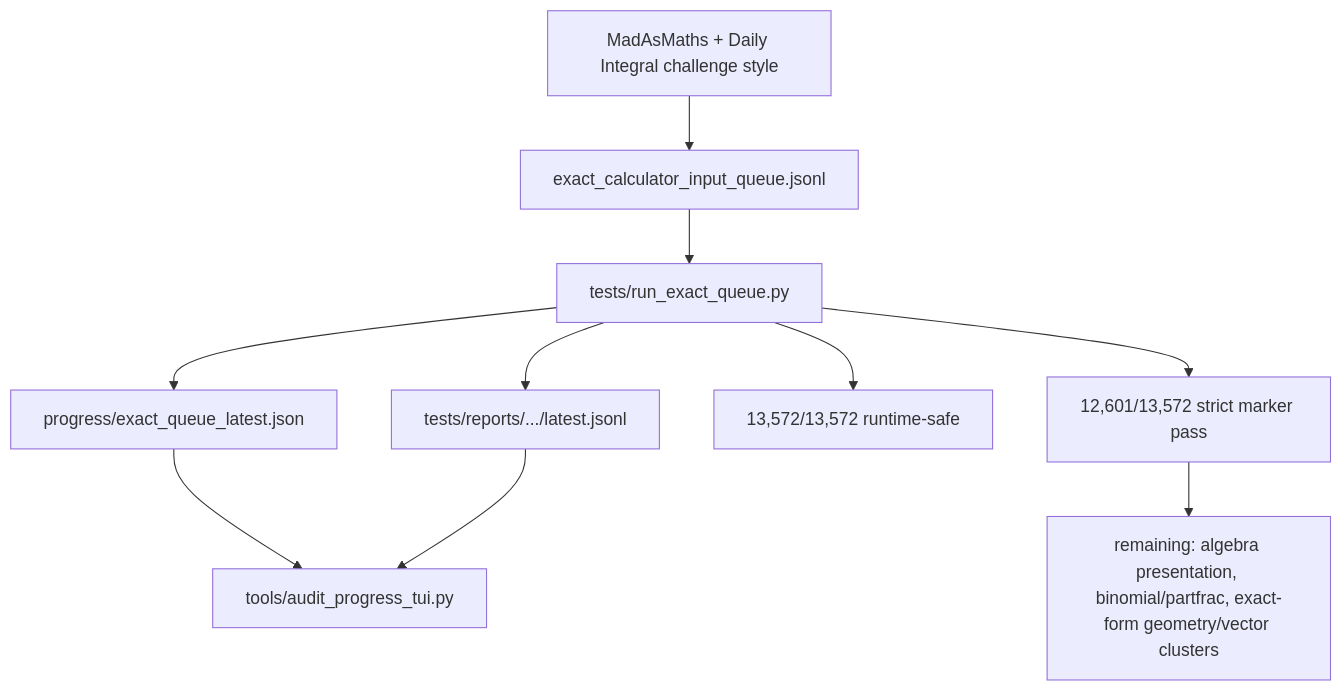
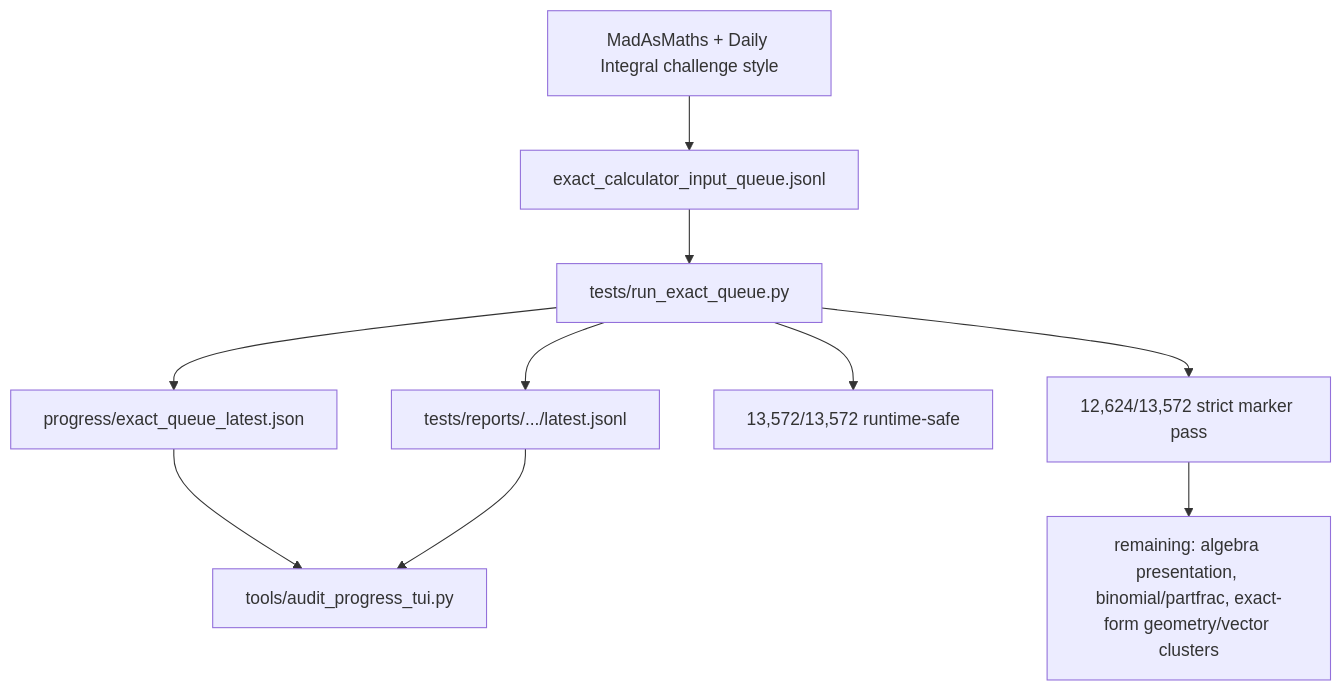
The fifth of 5 diagrams in docs/GRAPH.md (james8464/notes-addin-casio-fx-cg50), drawn with Mermaid before and after one commit. The commit also changed other lines of this file and 4 other files, not shown here.

````diff
--- a/docs/GRAPH.md
+++ b/docs/GRAPH.md
@@ -57,12 +57,12 @@
 ```mermaid
 graph TD
   Online["MadAsMaths + Daily Integral challenge style"] --> Queue["exact_calculator_input_queue.jsonl"]
   Queue --> Runner["tests/run_exact_queue.py"]
   Runner --> Live["progress/exact_queue_latest.json"]
   Runner --> Report["tests/reports/.../latest.jsonl"]
   Live --> TUI["tools/audit_progress_tui.py"]
   Report --> TUI
   Runner --> Runtime["13,572/13,572 runtime-safe"]
-  Runner --> Strict["12,601/13,572 strict marker pass"]
+  Runner --> Strict["12,624/13,572 strict marker pass"]
   Strict --> Remaining["remaining: algebra presentation, binomial/partfrac, exact-form geometry/vector clusters"]
 ```
````
